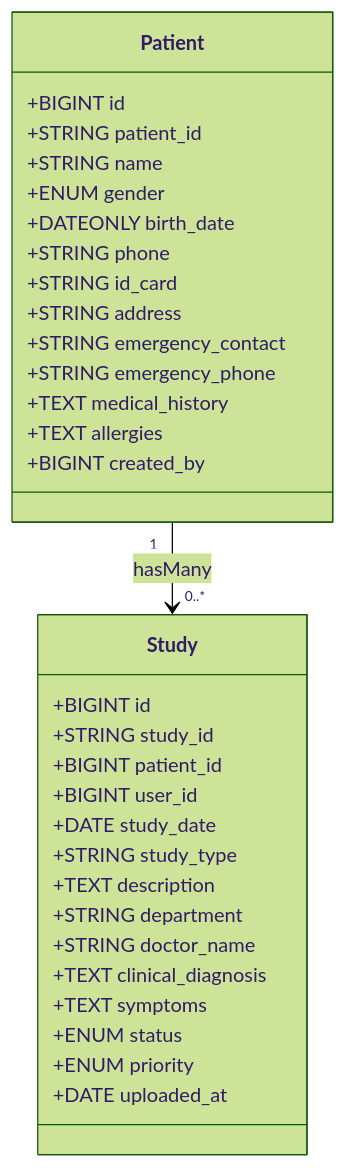
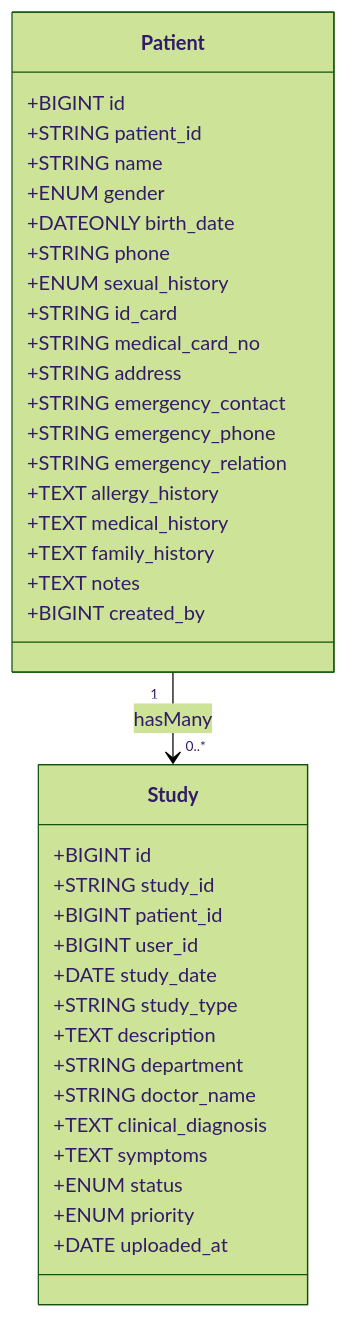
Before and after one commit to xingranya/CervixDetectAI: the first of 2 diagrams in wiki/后端架构/数据模型与ORM映射/患者模型.md, drawn with Mermaid (forest theme). The commit also changed other lines of this file and 9 other files, not shown here.

````diff
--- a/wiki/后端架构/数据模型与ORM映射/患者模型.md
+++ b/wiki/后端架构/数据模型与ORM映射/患者模型.md
@@ -72,35 +77,40 @@
 ```mermaid
 classDiagram
 class Patient {
 +BIGINT id
 +STRING patient_id
 +STRING name
 +ENUM gender
 +DATEONLY birth_date
 +STRING phone
++ENUM sexual_history
 +STRING id_card
++STRING medical_card_no
 +STRING address
 +STRING emergency_contact
 +STRING emergency_phone
++STRING emergency_relation
++TEXT allergy_history
 +TEXT medical_history
-+TEXT allergies
++TEXT family_history
++TEXT notes
 +BIGINT created_by
 }
 class Study {
 +BIGINT id
 +STRING study_id
 +BIGINT patient_id
 +BIGINT user_id
 +DATE study_date
 +STRING study_type
 +TEXT description
 +STRING department
 +STRING doctor_name
 +TEXT clinical_diagnosis
 +TEXT symptoms
 +ENUM status
 +ENUM priority
 +DATE uploaded_at
 }
 Patient "1" --> "0..*" Study : hasMany
 ```
````
